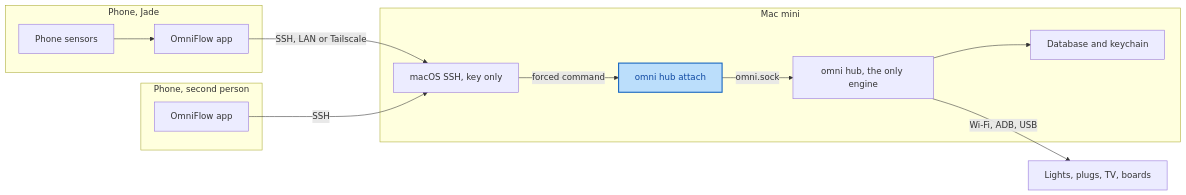
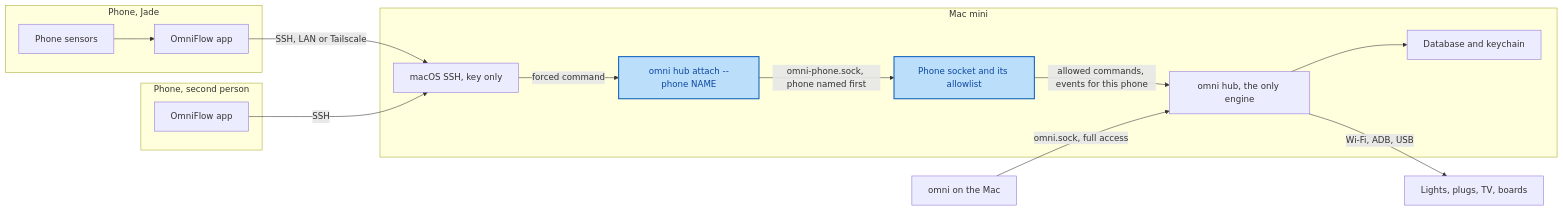
Before and after one commit to jashnimje/omni-flow: the diagram in docs/hub-design.md, drawn with Mermaid. The commit also changed other lines of this file and 277 other files, not shown here.

````diff
--- a/docs/hub-design.md
+++ b/docs/hub-design.md
@@ -55,26 +55,30 @@
 ```mermaid
 flowchart LR
   subgraph phone1["Phone, Jade"]
     app1["OmniFlow app"]
     sens1["Phone sensors"]
   end
   subgraph phone2["Phone, second person"]
     app2["OmniFlow app"]
   end
   subgraph mini["Mac mini"]
     sshd["macOS SSH, key only"]
-    attach["omni hub attach"]
+    attach["omni hub attach --phone NAME"]
+    gate["Phone socket and its allowlist"]
     hub["omni hub, the only engine"]
     db["Database and keychain"]
   end
+  cli["omni on the Mac"]
   devices["Lights, plugs, TV, boards"]
   app1 -- "SSH, LAN or Tailscale" --> sshd
   sens1 --> app1
   app2 -- "SSH" --> sshd
   sshd -- "forced command" --> attach
-  attach -- "omni.sock" --> hub
+  attach -- "omni-phone.sock, phone named first" --> gate
+  gate -- "allowed commands, events for this phone" --> hub
+  cli -- "omni.sock, full access" --> hub
   hub --> db
   hub -- "Wi-Fi, ADB, USB" --> devices
   classDef new fill:#bbdefb,stroke:#1565c0,color:#0d47a1,stroke-width:2px
-  class attach new
+  class attach,gate new
 ```
````
